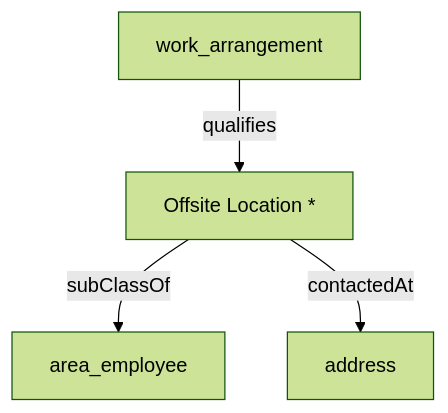
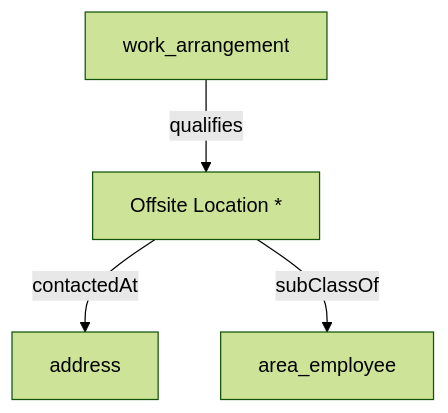
The diagram in content/hr_data_model/offsite_location.md (heidingaway/heidi2), drawn with Mermaid (forest theme) before and after one commit. The commit also changed other lines of this file and 350 other files, not shown here.

````diff
--- a/content/hr_data_model/offsite_location.md
+++ b/content/hr_data_model/offsite_location.md
@@ -21,10 +22,10 @@
 ```mermaid
 graph TD
   Offsite_Location_["Offsite Location *"]:::current-page-node
   area_employee["area_employee"]
   address["address"]
   work_arrangement["work_arrangement"]
-  Offsite_Location_-->|" subClassOf "|area_employee
   work_arrangement-->|" qualifies "|Offsite_Location_
   Offsite_Location_-->|" contactedAt "|address
+  Offsite_Location_-->|" subClassOf "|area_employee
 ```
````
